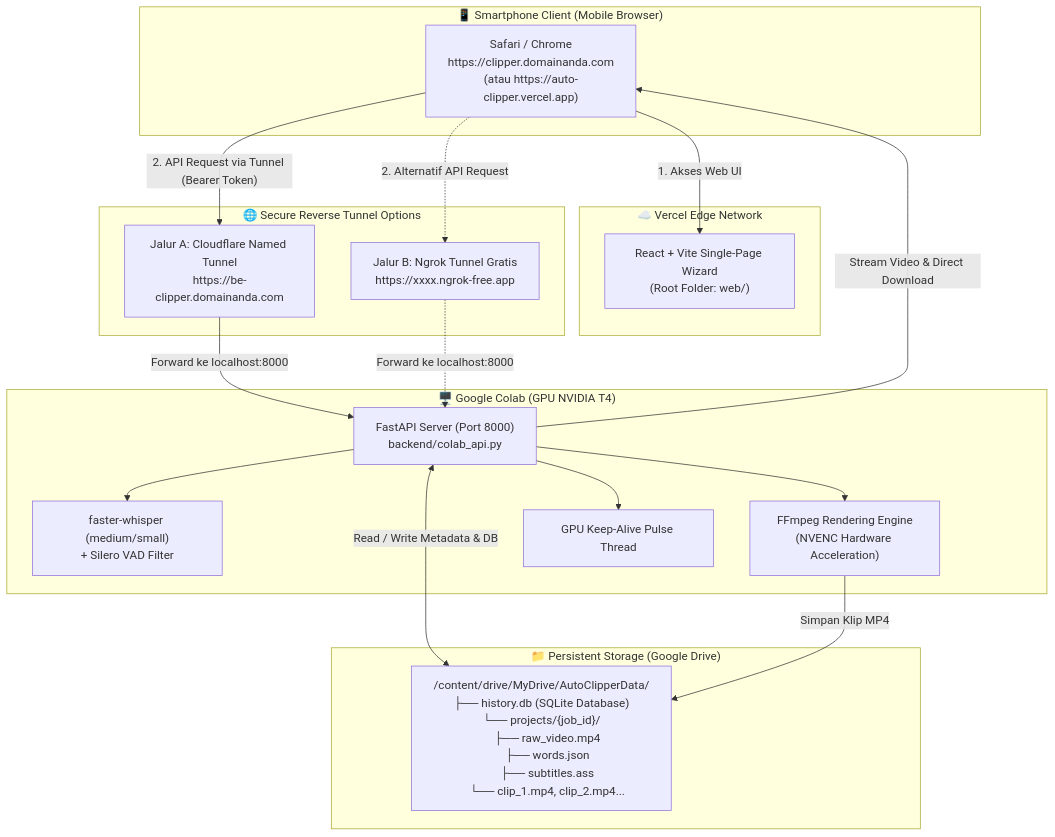
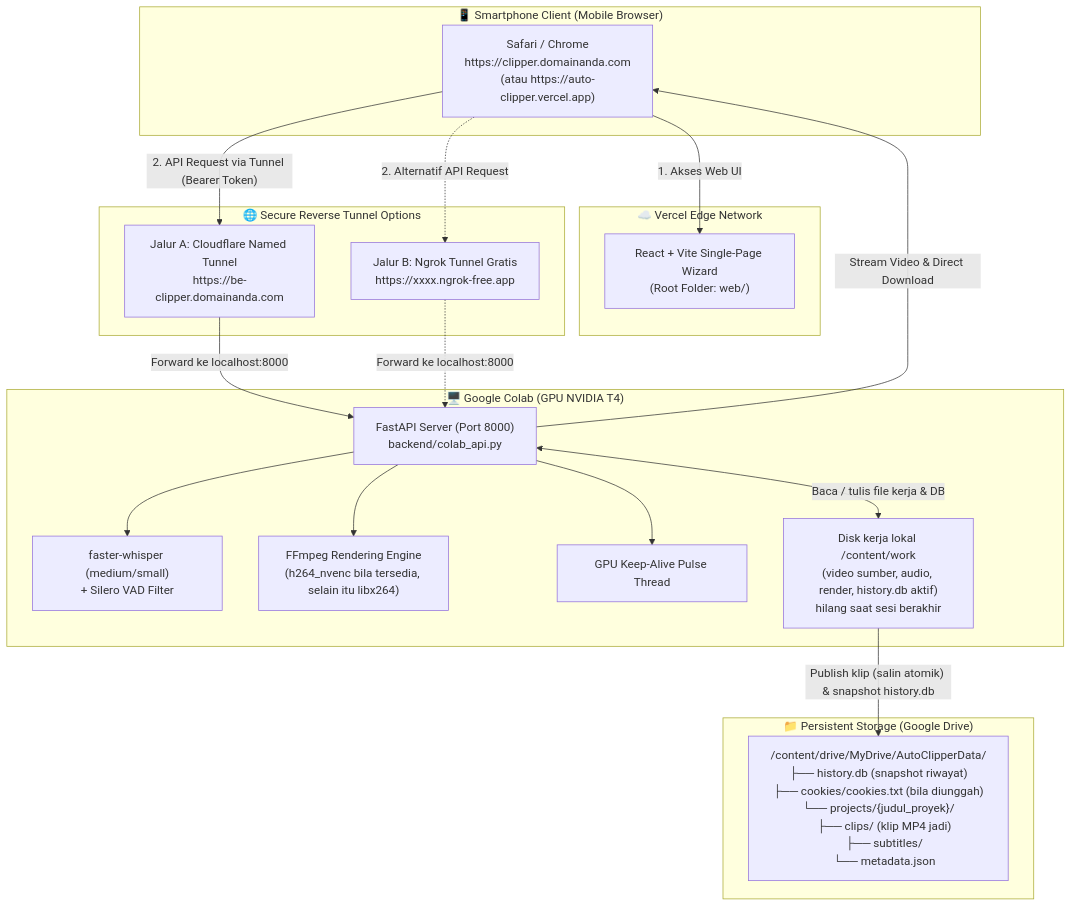
One commit to DhimasPH/auto-clipper changed the first of 2 diagrams in docs/tutorial-auto-clipper-cloud.md. Above: the diagram before and after it, drawn with Mermaid. The commit also changed other lines of this file and 13 other files, not shown here.

````diff
--- a/docs/tutorial-auto-clipper-cloud.md
+++ b/docs/tutorial-auto-clipper-cloud.md
@@ -55,38 +59,39 @@
 ```mermaid
 graph TD
     subgraph Client["📱 Smartphone Client (Mobile Browser)"]
         BrowserA["Safari / Chrome<br/>https://clipper.domainanda.com<br/>(atau https://auto-clipper.vercel.app)"]
     end
 
     subgraph Hosting["☁️ Vercel Edge Network"]
         Vercel["React + Vite Single-Page Wizard<br/>(Root Folder: web/)"]
     end
 
     subgraph Tunneling["🌐 Secure Reverse Tunnel Options"]
         CFTunnel["Jalur A: Cloudflare Named Tunnel<br/>https://be-clipper.domainanda.com"]
         NgrokTunnel["Jalur B: Ngrok Tunnel Gratis<br/>https://xxxx.ngrok-free.app"]
     end
 
     subgraph Compute["🖥️ Google Colab (GPU NVIDIA T4)"]
         Uvicorn["FastAPI Server (Port 8000)<br/>backend/colab_api.py"]
         Whisper["faster-whisper (medium/small)<br/>+ Silero VAD Filter"]
-        FFmpeg["FFmpeg Rendering Engine<br/>(NVENC Hardware Acceleration)"]
+        FFmpeg["FFmpeg Rendering Engine<br/>(h264_nvenc bila tersedia, selain itu libx264)"]
         KeepAlive["GPU Keep-Alive Pulse Thread"]
+        Work["Disk kerja lokal /content/work<br/>(video sumber, audio, render, history.db aktif)<br/>hilang saat sesi berakhir"]
     end
 
     subgraph Persist["📁 Persistent Storage (Google Drive)"]
-        GDrive["/content/drive/MyDrive/AutoClipperData/<br/>├── history.db (SQLite Database)<br/>└── projects/{job_id}/<br/>    ├── raw_video.mp4<br/>    ├── words.json<br/>    ├── subtitles.ass<br/>    └── clip_1.mp4, clip_2.mp4..."]
+        GDrive["/content/drive/MyDrive/AutoClipperData/<br/>├── history.db (snapshot riwayat)<br/>├── cookies/cookies.txt (bila diunggah)<br/>└── projects/{judul_proyek}/<br/>    ├── clips/ (klip MP4 jadi)<br/>    ├── subtitles/<br/>    └── metadata.json"]
     end
 
     BrowserA -->|"1. Akses Web UI"| Vercel
     BrowserA -->|"2. API Request via Tunnel (Bearer Token)"| CFTunnel
     BrowserA -.->|"2. Alternatif API Request"| NgrokTunnel
     CFTunnel -->|"Forward ke localhost:8000"| Uvicorn
     NgrokTunnel -.->|"Forward ke localhost:8000"| Uvicorn
     Uvicorn --> Whisper
     Uvicorn --> FFmpeg
     Uvicorn --> KeepAlive
-    Uvicorn <-->|"Read / Write Metadata & DB"| GDrive
-    FFmpeg -->|"Simpan Klip MP4"| GDrive
+    Uvicorn <-->|"Baca / tulis file kerja & DB"| Work
+    Work -->|"Publish klip (salin atomik) & snapshot history.db"| GDrive
     Uvicorn -->|"Stream Video & Direct Download"| BrowserA
 ```
````
